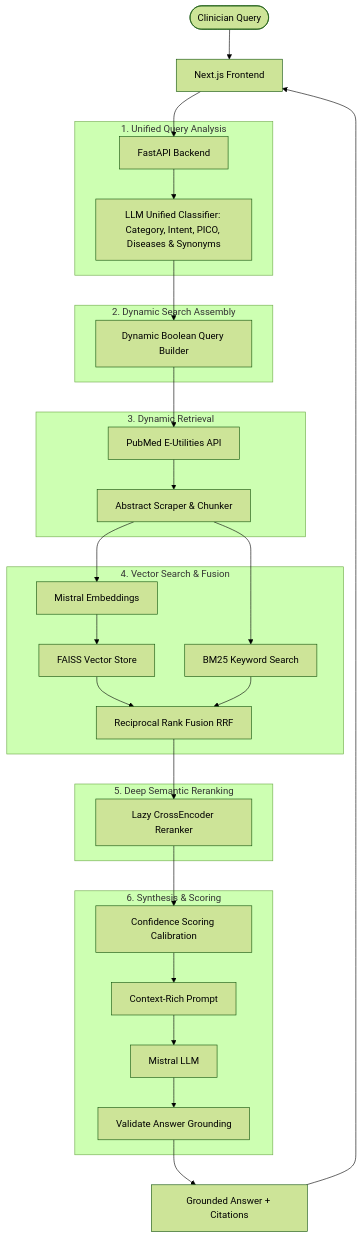
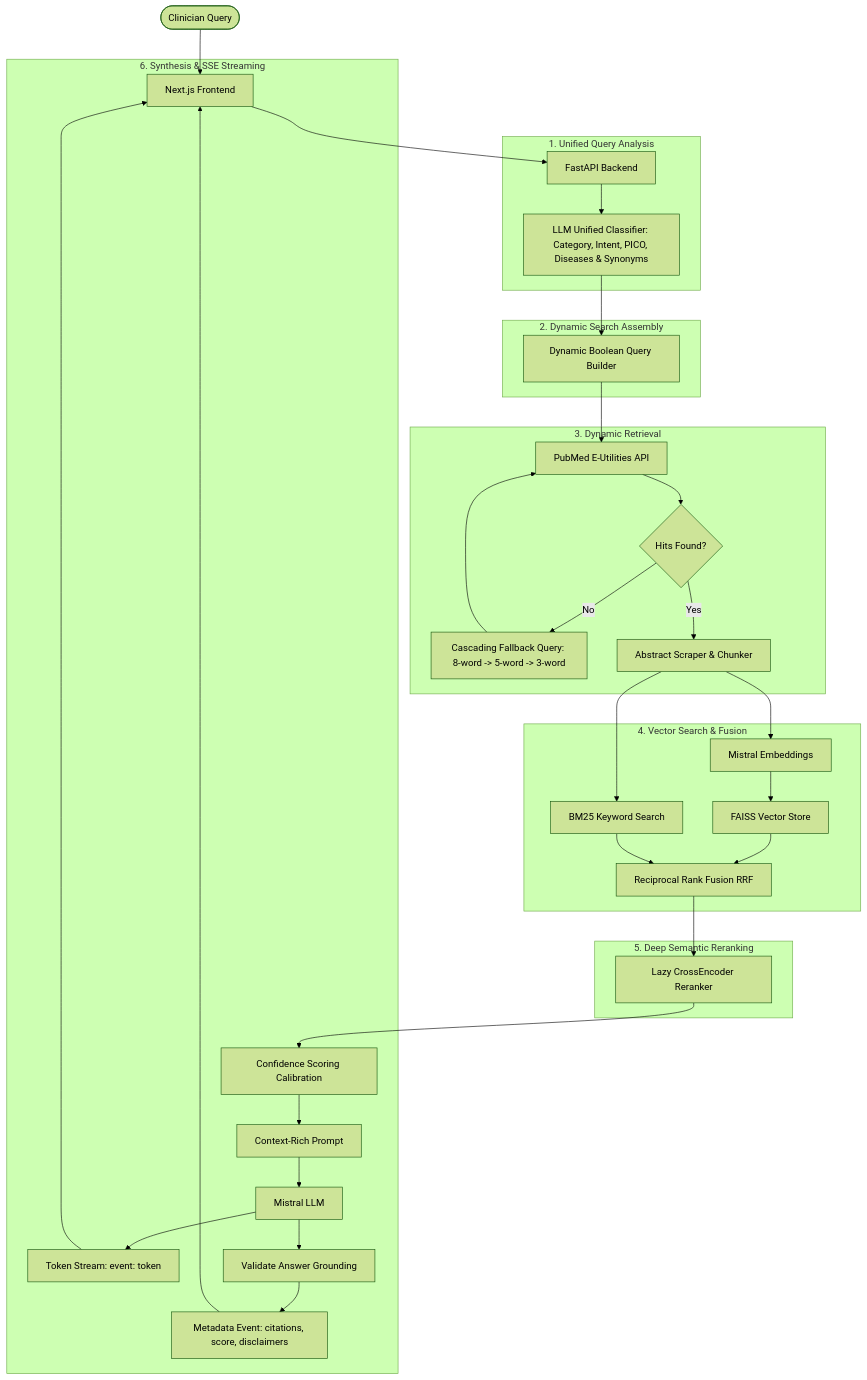
The diagram in README.md (shashwat0010/rag-chatbot-updated), drawn with Mermaid (forest theme) before and after one commit. The commit also changed other lines of this file, not shown here.

Commit message:
Update README.md architecture diagram, cascading search fallback, and SSE streaming documentation

````diff
--- a/README.md
+++ b/README.md
@@ -15,39 +15,41 @@
 ```mermaid
 flowchart TD
     User([Clinician Query]) --> UI[Next.js Frontend]
     UI --> API[FastAPI Backend]
     
     subgraph "1. Unified Query Analysis"
         API --> Guard[LLM Unified Classifier: Category, Intent, PICO, Diseases & Synonyms]
     end
     
     subgraph "2. Dynamic Search Assembly"
         Guard --> Assembler[Dynamic Boolean Query Builder]
     end
     
     subgraph "3. Dynamic Retrieval"
         Assembler --> PubMed[PubMed E-Utilities API]
-        PubMed --> Scraper[Abstract Scraper & Chunker]
+        PubMed --> Fallback{Hits Found?}
+        Fallback -- No --> Cascade[Cascading Fallback Query: 8-word -> 5-word -> 3-word]
+        Cascade --> PubMed
+        Fallback -- Yes --> Scraper[Abstract Scraper & Chunker]
     end
     
     subgraph "4. Vector Search & Fusion"
         Scraper --> Embeddings[Mistral Embeddings]
         Embeddings --> FAISS[FAISS Vector Store]
         Scraper --> BM25[BM25 Keyword Search]
         FAISS & BM25 --> RRF[Reciprocal Rank Fusion RRF]
     end
     
     subgraph "5. Deep Semantic Reranking"
         RRF --> Reranker[Lazy CrossEncoder Reranker]
     end
     
-    subgraph "6. Synthesis & Scoring"
+    subgraph "6. Synthesis & SSE Streaming"
         Reranker --> Calibration[Confidence Scoring Calibration]
         Calibration --> Prompt[Context-Rich Prompt]
         Prompt --> LLM[Mistral LLM]
+        LLM --> Stream[Token Stream: event: token] --> UI
         LLM --> Grounding[Validate Answer Grounding]
+        Grounding --> Metadata[Metadata Event: citations, score, disclaimers] --> UI
     end
-    
-    Grounding --> Response[Grounded Answer + Citations]
-    Response --> UI
 ```
````
